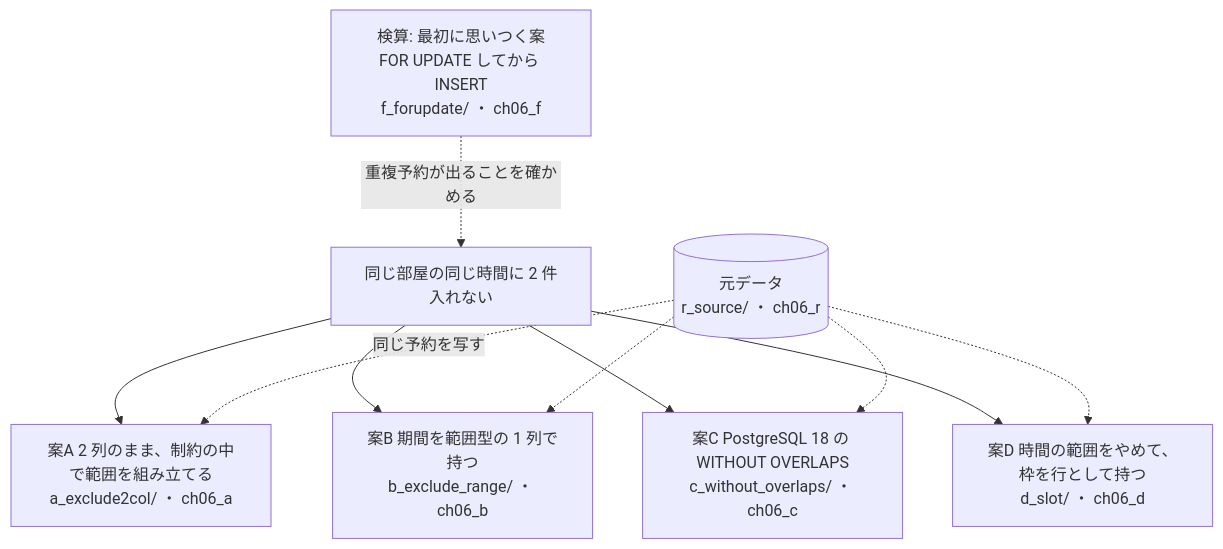
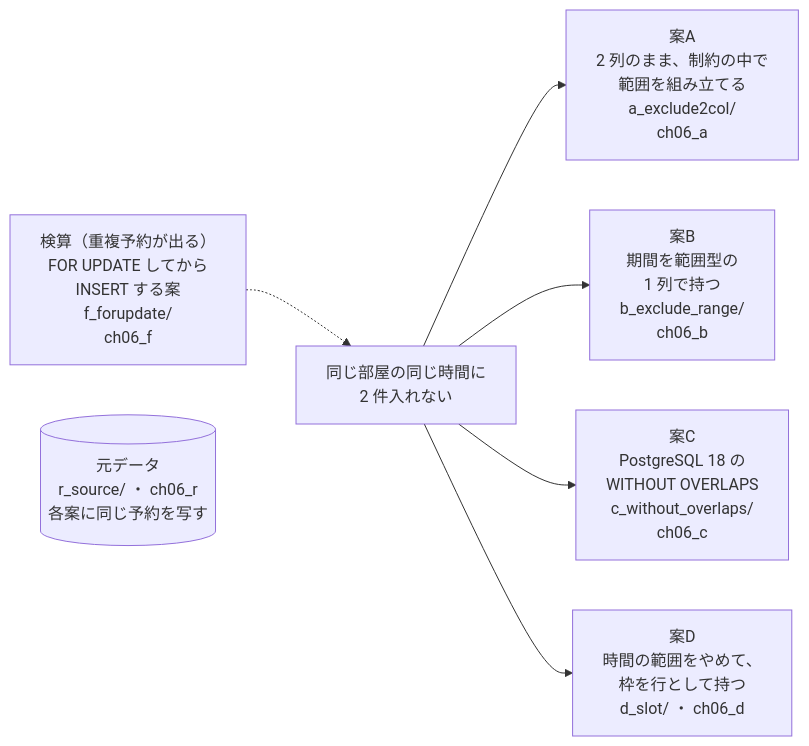
Before and after one commit to driftnode986/postgresql-db-design-samples: the first of 6 diagrams in ch06_reservation/README.md, drawn with Mermaid. The commit also changed other lines of this file and 15 other files, not shown here.

First line of the commit message:
docs: 設計案の構成図を縦並びにし、幅の広い ER 図を分けて、GitHub で縮まない大きさにする

````diff
--- a/ch06_reservation/README.md
+++ b/ch06_reservation/README.md
@@ -16,14 +16,11 @@
 ```mermaid
-flowchart TD
-  Q["同じ部屋の同じ時間に 2 件入れない"]
-  R[("元データ<br/>r_source/ ・ ch06_r")]
-  Q --> A["案A 2 列のまま、制約の中で範囲を組み立てる<br/>a_exclude2col/ ・ ch06_a"]
-  Q --> B["案B 期間を範囲型の 1 列で持つ<br/>b_exclude_range/ ・ ch06_b"]
-  Q --> C["案C PostgreSQL 18 の WITHOUT OVERLAPS<br/>c_without_overlaps/ ・ ch06_c"]
-  Q --> D["案D 時間の範囲をやめて、枠を行として持つ<br/>d_slot/ ・ ch06_d"]
-  F["検算: 最初に思いつく案<br/>FOR UPDATE してから INSERT<br/>f_forupdate/ ・ ch06_f"] -.->|重複予約が出ることを確かめる| Q
-  R -.->|同じ予約を写す| A
-  R -.-> B
-  R -.-> C
-  R -.-> D
+flowchart LR
+  F["検算（重複予約が出る）<br/>FOR UPDATE してから<br/>INSERT する案<br/>f_forupdate/<br/>ch06_f"] -.-> Q
+  Q["同じ部屋の同じ時間に<br/>2 件入れない"]
+  R[("元データ<br/>r_source/ ・ ch06_r<br/>各案に同じ予約を写す")]
+  Q --> A["案A<br/>2 列のまま、制約の中で<br/>範囲を組み立てる<br/>a_exclude2col/<br/>ch06_a"]
+  Q --> B["案B<br/>期間を範囲型の<br/>1 列で持つ<br/>b_exclude_range/<br/>ch06_b"]
+  Q --> C["案C<br/>PostgreSQL 18 の<br/>WITHOUT OVERLAPS<br/>c_without_overlaps/<br/>ch06_c"]
+  Q --> D["案D<br/>時間の範囲をやめて、<br/>枠を行として持つ<br/>d_slot/ ・ ch06_d"]
+  R ~~~ Q
 ```
````
